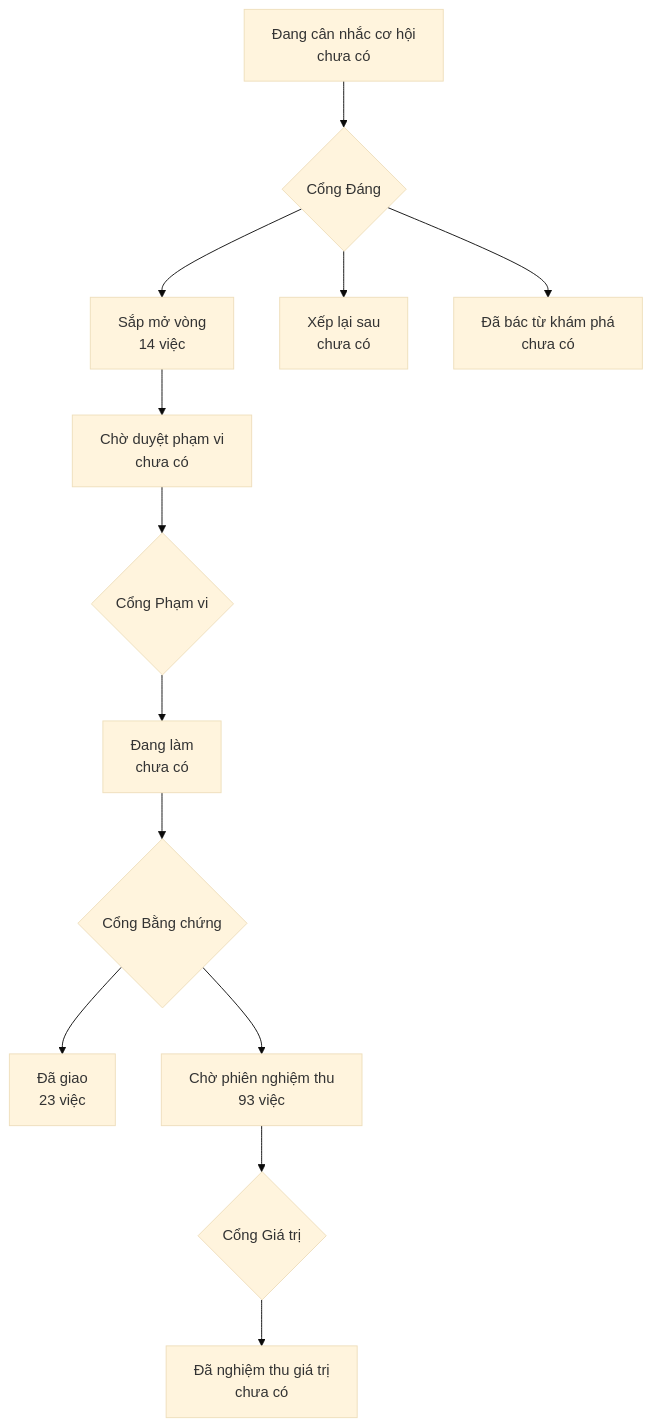
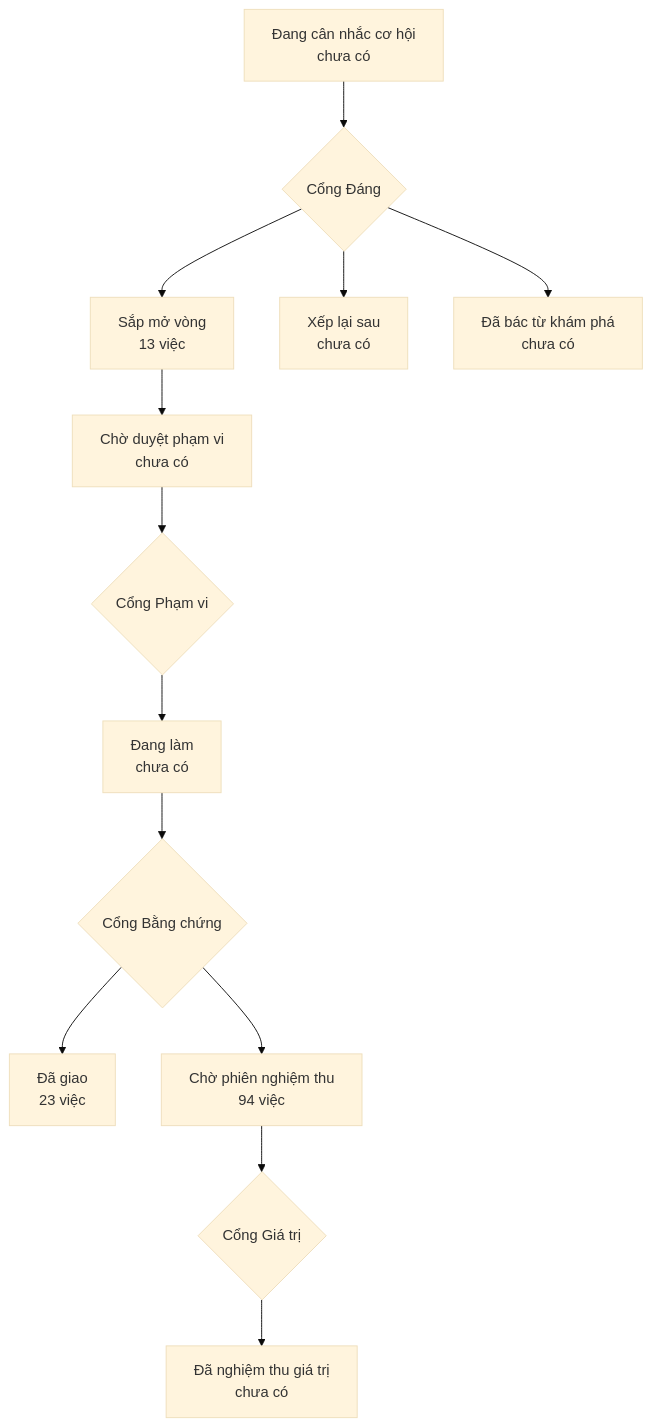
Before and after one commit to phanlemanh/onehub-quy-hang: the diagram in PRODUCT-MAP.md, drawn with Mermaid (base theme). The commit also changed other lines of this file and 1 other file, not shown here.

Commit message:
chore: vẽ lại bản đồ sau khi gộp nhánh chính

````diff
--- a/PRODUCT-MAP.md
+++ b/PRODUCT-MAP.md
@@ -7,12 +7,12 @@
 ```mermaid
 flowchart TD
   A["Đang cân nhắc cơ hội<br/>chưa có"] --> GD{"Cổng Đáng"}
-  GD --> B["Sắp mở vòng<br/>14 việc"]
+  GD --> B["Sắp mở vòng<br/>13 việc"]
   GD --> XL["Xếp lại sau<br/>chưa có"]
   GD --> DB["Đã bác từ khám phá<br/>chưa có"]
   B --> CD["Chờ duyệt phạm vi<br/>chưa có"] --> GP{"Cổng Phạm vi"}
   GP --> DL["Đang làm<br/>chưa có"] --> GB{"Cổng Bằng chứng"}
   GB --> DG["Đã giao<br/>23 việc"]
-  GB --> CN["Chờ phiên nghiệm thu<br/>93 việc"] --> GG{"Cổng Giá trị"}
+  GB --> CN["Chờ phiên nghiệm thu<br/>94 việc"] --> GG{"Cổng Giá trị"}
   GG --> NT["Đã nghiệm thu giá trị<br/>chưa có"]
 ```
````
